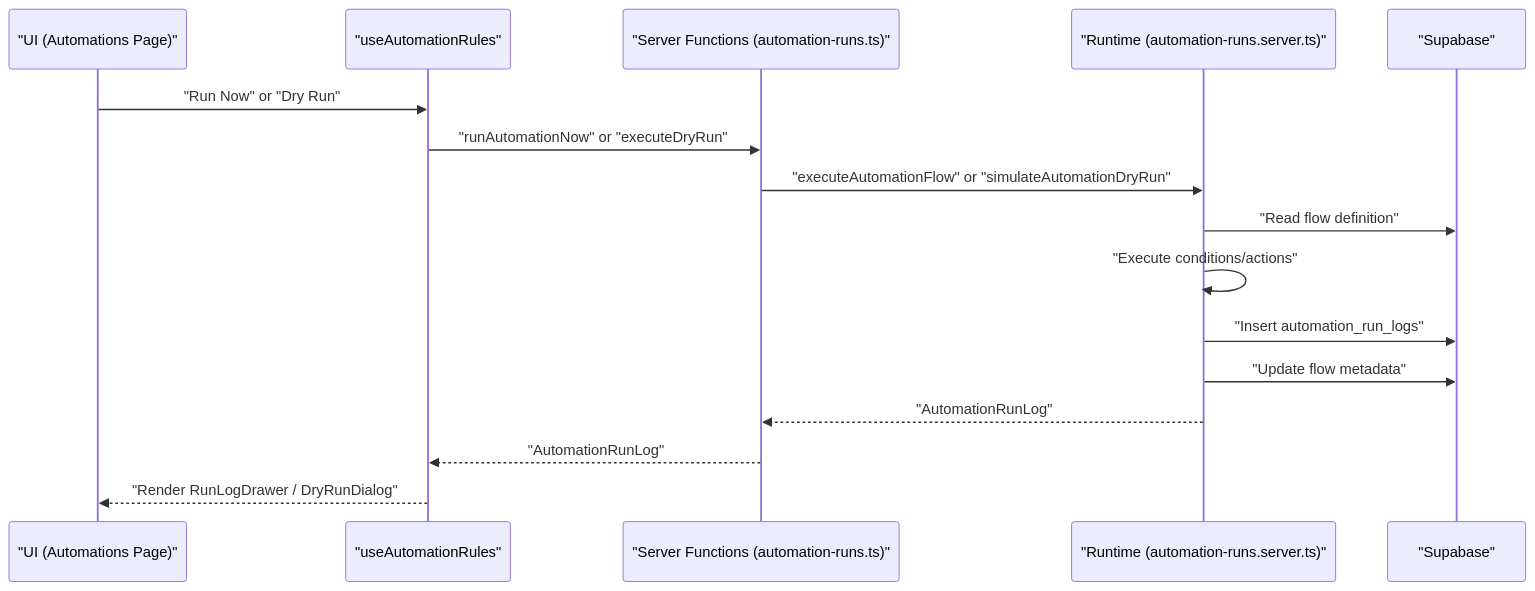
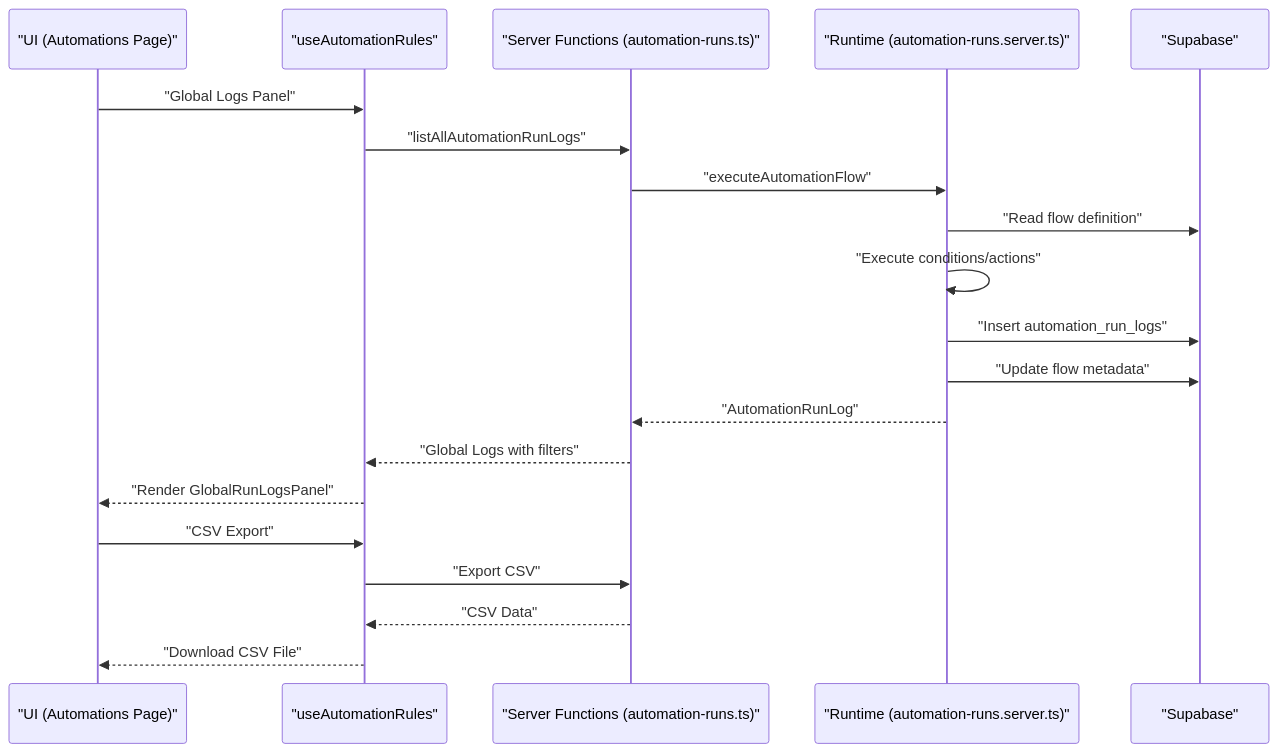
One commit to gastaldellomarco/pcReady changed the second of 9 diagrams in .qoder/repowiki/en/content/Automation System/Automation Monitoring and Logs.md. Above: the diagram before and after it, drawn with Mermaid. The commit also changed other lines of this file and 19 other files, not shown here.

First line of the commit message:
feat(automation): enhance Automation Flow Builder with dual-mode design and advanced UI

````diff
--- a/.qoder/repowiki/en/content/Automation System/Automation Monitoring and Logs.md
+++ b/.qoder/repowiki/en/content/Automation System/Automation Monitoring and Logs.md
@@ -106,18 +130,22 @@
 ```mermaid
 sequenceDiagram
 participant UI as "UI (Automations Page)"
 participant Hook as "useAutomationRules"
 participant SF as "Server Functions (automation-runs.ts)"
 participant RT as "Runtime (automation-runs.server.ts)"
 participant DB as "Supabase"
-UI->>Hook : "Run Now" or "Dry Run"
-Hook->>SF : "runAutomationNow" or "executeDryRun"
-SF->>RT : "executeAutomationFlow" or "simulateAutomationDryRun"
+UI->>Hook : "Global Logs Panel"
+Hook->>SF : "listAllAutomationRunLogs"
+SF->>RT : "executeAutomationFlow"
 RT->>DB : "Read flow definition"
 RT->>RT : "Execute conditions/actions"
 RT->>DB : "Insert automation_run_logs"
 RT->>DB : "Update flow metadata"
 RT-->>SF : "AutomationRunLog"
-SF-->>Hook : "AutomationRunLog"
-Hook-->>UI : "Render RunLogDrawer / DryRunDialog"
+SF-->>Hook : "Global Logs with filters"
+Hook-->>UI : "Render GlobalRunLogsPanel"
+UI->>Hook : "CSV Export"
+Hook->>SF : "Export CSV"
+SF-->>Hook : "CSV Data"
+Hook-->>UI : "Download CSV File"
 ```
````
